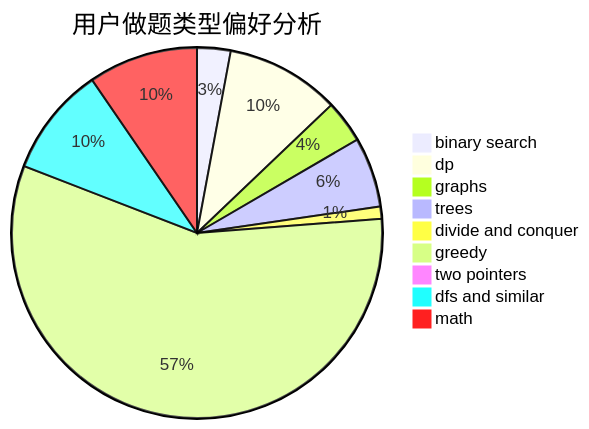
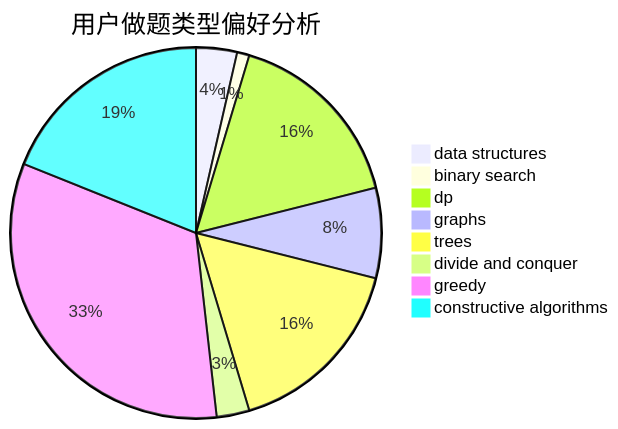
Before and after one commit to sherpahu/cfrs.github.io: the second of 3 diagrams in docs/user/u1667.md, drawn with Mermaid. The commit also changed other lines of this file and 2775 other files, not shown here.

````diff
--- a/docs/user/u1667.md
+++ b/docs/user/u1667.md
@@ -23,12 +23,11 @@
 ```mermaid
 pie title 用户做题类型偏好分析
-    "binary search" :  22
-    "dp" :  75
-    "graphs" :  28
+    "data structures" :  10
+    "binary search" :  3
+    "dp" :  46
+    "graphs" :  22
     "trees" :  46
     "divide and conquer" :  8
-    "greedy" :  430
-    "two pointers" :  0
-    "dfs and similar" :  72
-    "math" :  72
+    "greedy" :  92
+    "constructive algorithms" :  53
 ```
````
